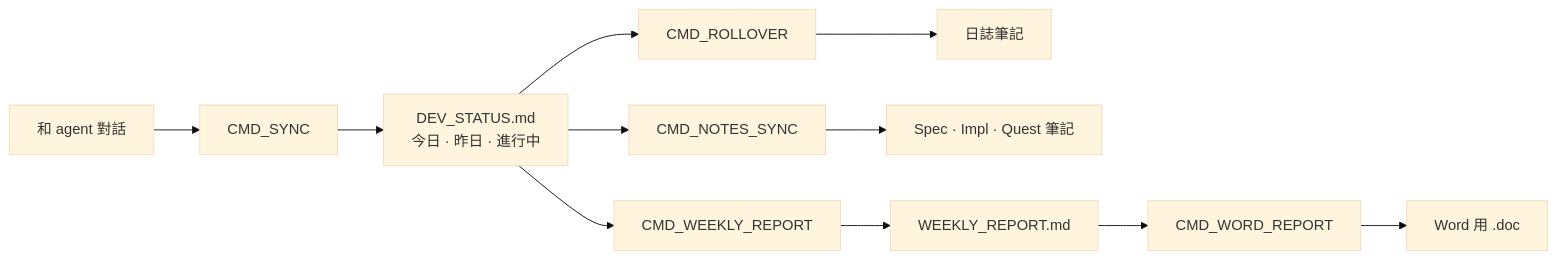
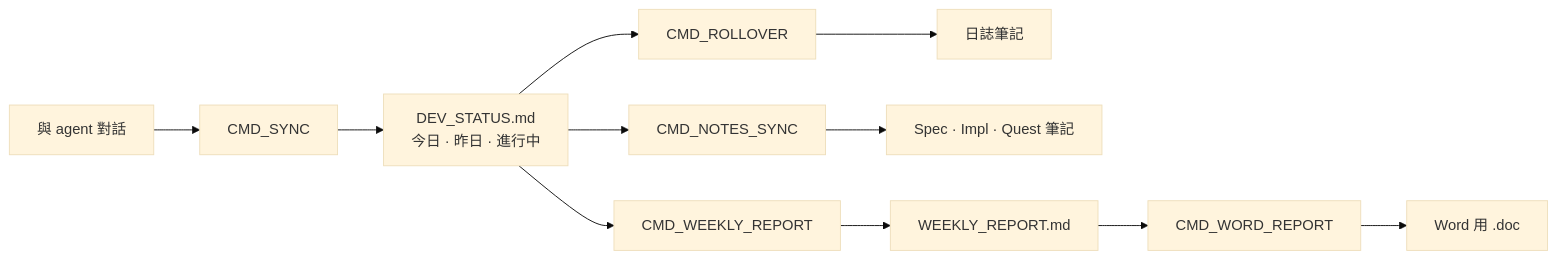
One commit to zelvet-velvet/agent-worklog-vault changed the second of 6 diagrams in README.zh-TW.md. Above: the diagram before and after it, drawn with Mermaid (base theme). The commit also changed other lines of this file, not shown here.

````diff
--- a/README.zh-TW.md
+++ b/README.zh-TW.md
@@ -48,7 +48,7 @@
 ```mermaid
 flowchart LR
-    C[和 agent 對話] --> SY[CMD_SYNC] --> S["DEV_STATUS.md<br/>今日 · 昨日 · 進行中"]
+    C[與 agent 對話] --> SY[CMD_SYNC] --> S["DEV_STATUS.md<br/>今日 · 昨日 · 進行中"]
     S --> RO[CMD_ROLLOVER] --> J[日誌筆記]
     S --> NS[CMD_NOTES_SYNC] --> N[Spec · Impl · Quest 筆記]
     S --> WR[CMD_WEEKLY_REPORT] --> R[WEEKLY_REPORT.md] --> WO[CMD_WORD_REPORT] --> D[Word 用 .doc]
 ```
````
